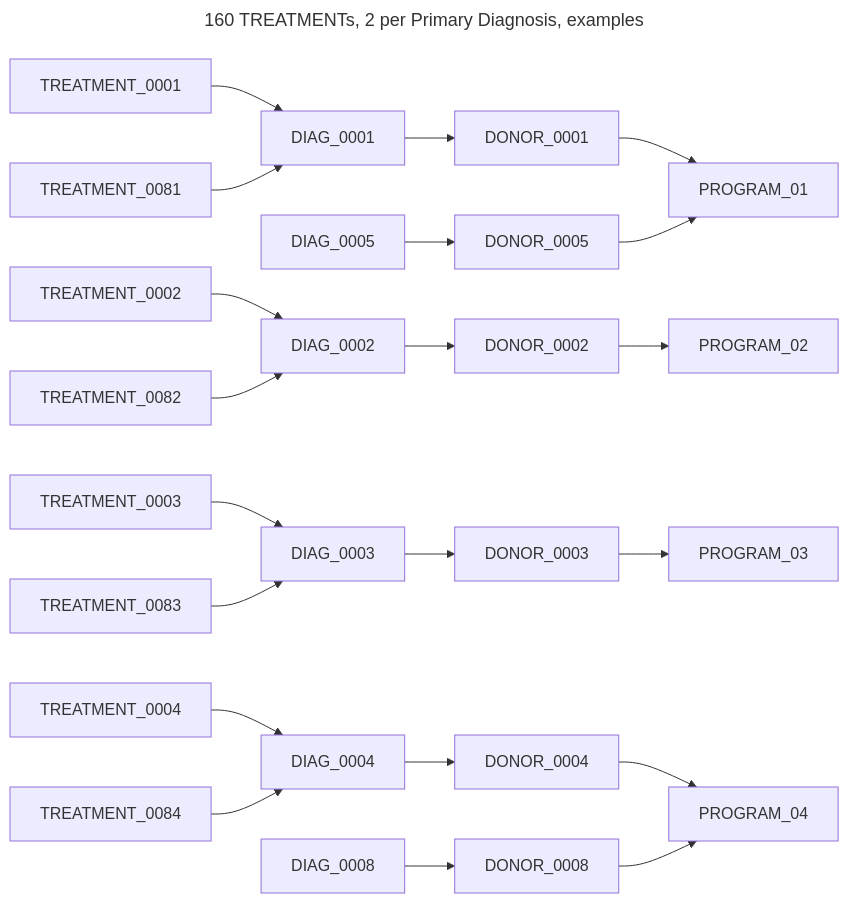
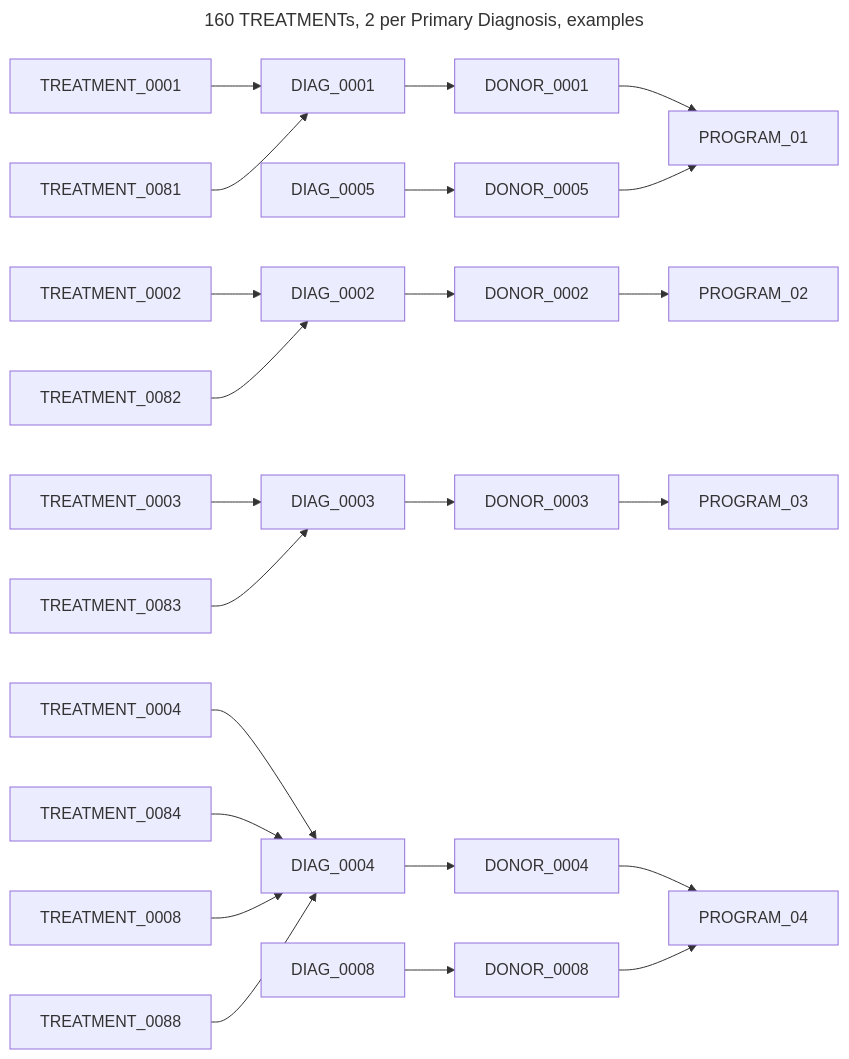
Before and after one commit to CanDIG/katsu: the fifth of 12 diagrams in chord_metadata_service/mohpackets/data/small_dataset/README.md, drawn with Mermaid. The commit also changed other lines of this file, not shown here.

Commit message:
graph updates

````diff
--- a/chord_metadata_service/mohpackets/data/small_dataset/README.md
+++ b/chord_metadata_service/mohpackets/data/small_dataset/README.md
@@ -97,20 +105,22 @@
 ```mermaid
 ---
 title: 160 TREATMENTs, 2 per Primary Diagnosis, examples
 ---
 graph LR;  
   DIAG_0001 --> DONOR_0001 --> PROGRAM_01;  
   DIAG_0005 --> DONOR_0005 --> PROGRAM_01;  
   DIAG_0002 --> DONOR_0002 --> PROGRAM_02;  
   DIAG_0003 --> DONOR_0003 --> PROGRAM_03;  
   DIAG_0004 --> DONOR_0004 --> PROGRAM_04;
   DIAG_0008 --> DONOR_0008 --> PROGRAM_04;
   TREATMENT_0001 --> DIAG_0001;
   TREATMENT_0081 --> DIAG_0001;  
   TREATMENT_0002 --> DIAG_0002; 
   TREATMENT_0082 --> DIAG_0002;  
   TREATMENT_0003 --> DIAG_0003; 
   TREATMENT_0083 --> DIAG_0003; 
   TREATMENT_0004 --> DIAG_0004; 
   TREATMENT_0084 --> DIAG_0004; 
+  TREATMENT_0008 --> DIAG_0004; 
+  TREATMENT_0088 --> DIAG_0004; 
 ```
````
